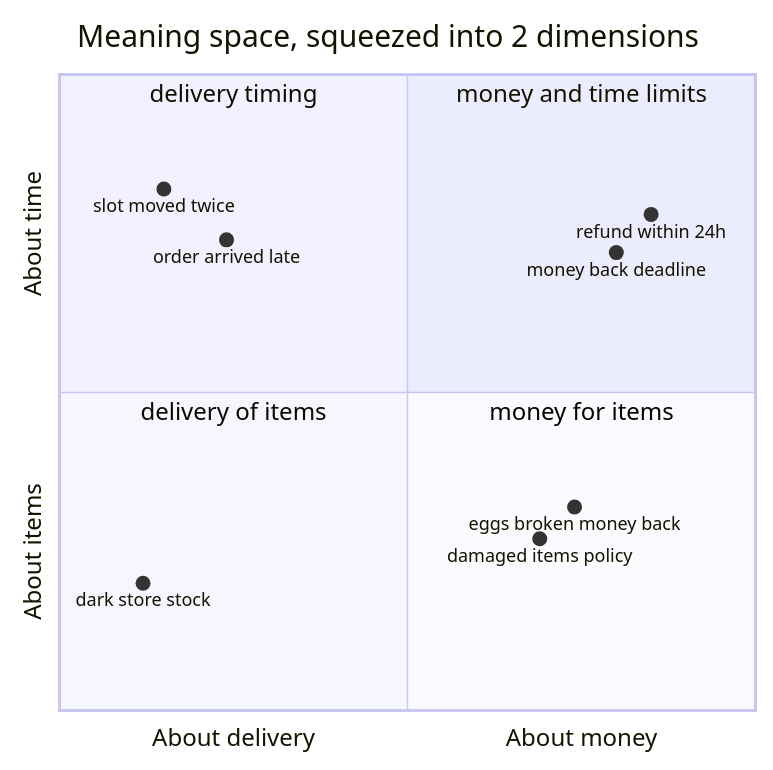
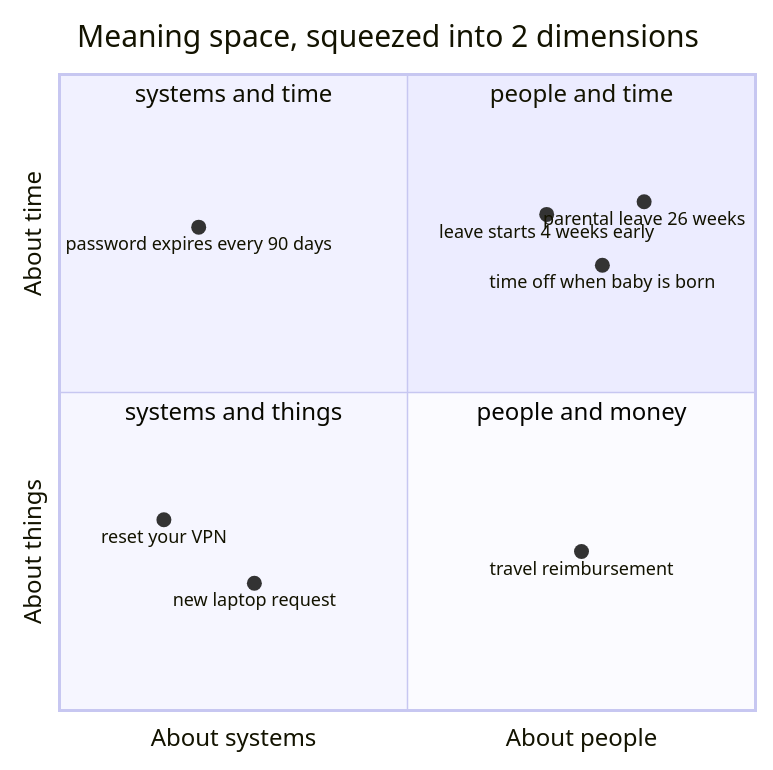
Before and after one commit to shubamchaudhary/CodeNITW: the second of 8 diagrams in src/Data/aiStackDocs/CH-02.md, drawn with Mermaid. The commit also changed other lines of this file and 32 other files, not shown here.

````diff
--- a/src/Data/aiStackDocs/CH-02.md
+++ b/src/Data/aiStackDocs/CH-02.md
@@ -50,17 +50,17 @@
 ```mermaid
 quadrantChart
     title Meaning space, squeezed into 2 dimensions
-    x-axis About delivery --> About money
-    y-axis About items --> About time
-    quadrant-1 money and time limits
-    quadrant-2 delivery timing
-    quadrant-3 delivery of items
-    quadrant-4 money for items
-    refund within 24h: [0.85, 0.78]
-    money back deadline: [0.8, 0.72]
-    eggs broken money back: [0.74, 0.32]
-    damaged items policy: [0.69, 0.27]
-    slot moved twice: [0.15, 0.82]
-    order arrived late: [0.24, 0.74]
-    dark store stock: [0.12, 0.2]
+    x-axis About systems --> About people
+    y-axis About things --> About time
+    quadrant-1 people and time
+    quadrant-2 systems and time
+    quadrant-3 systems and things
+    quadrant-4 people and money
+    parental leave 26 weeks: [0.84, 0.8]
+    time off when baby is born: [0.78, 0.7]
+    leave starts 4 weeks early: [0.7, 0.78]
+    password expires every 90 days: [0.2, 0.76]
+    reset your VPN: [0.15, 0.3]
+    new laptop request: [0.28, 0.2]
+    travel reimbursement: [0.75, 0.25]
 ```
````
